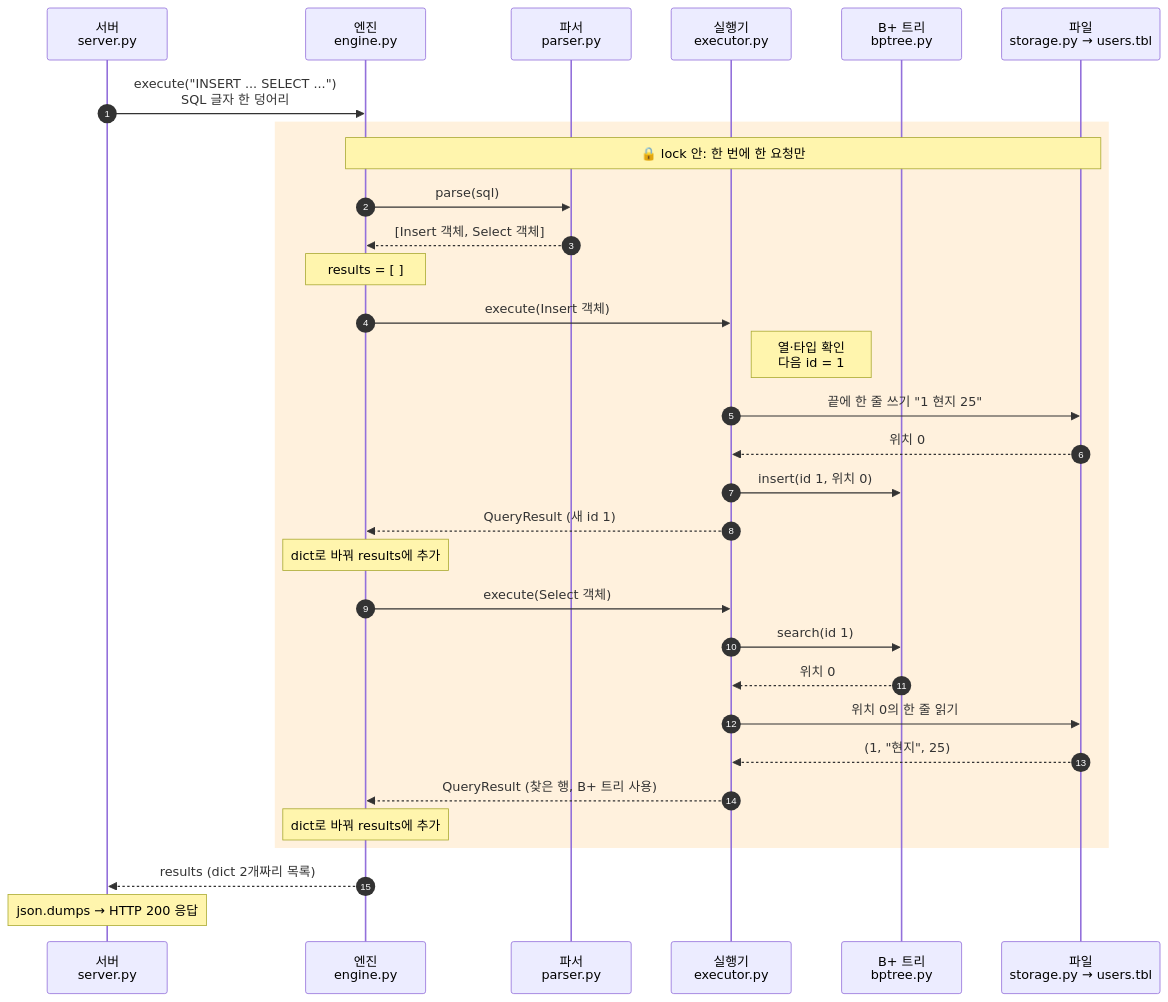
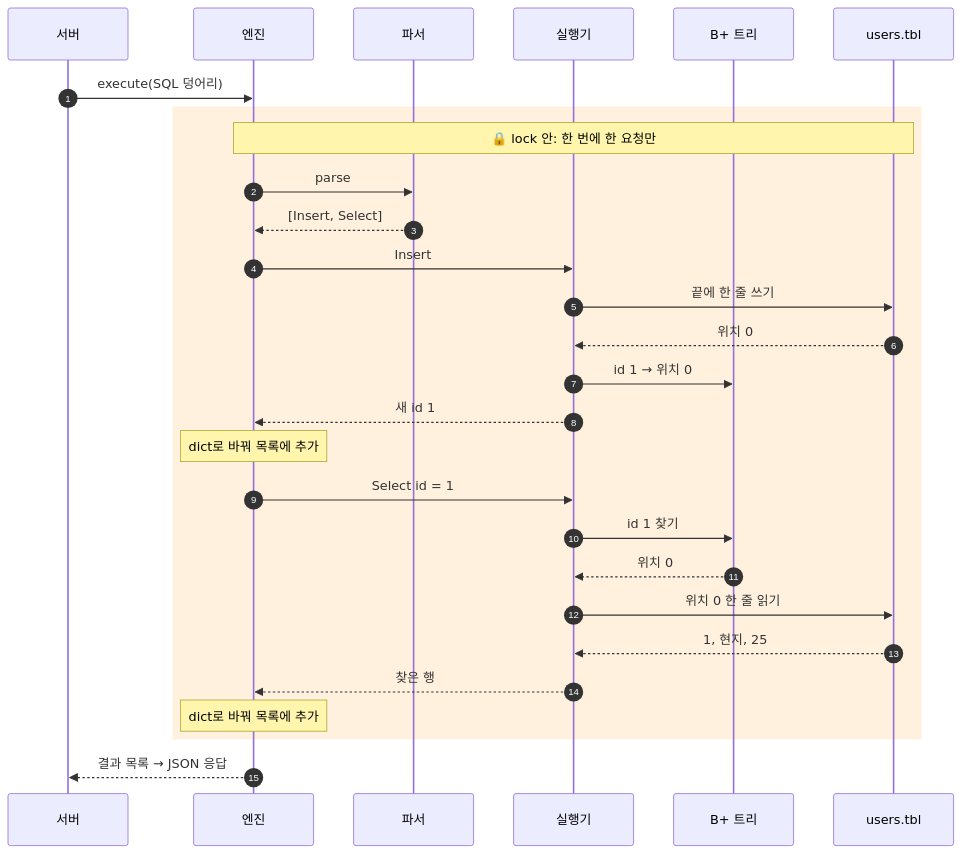
The fourth of 4 diagrams in README.md (team1-mini-lab/mini-dbms), drawn with Mermaid before and after one commit. The commit also changed other lines of this file, not shown here.

First line of the commit message:
README: 슬라이드 캡처 PNG를 표로, B+ 트리 그림을 Mermaid로, 그림 읽기 쉽게 정리

````diff
--- a/README.md
+++ b/README.md
@@ -141,36 +148,31 @@
 ```mermaid
 sequenceDiagram
     autonumber
-    participant S as 서버<br>server.py
-    participant E as 엔진<br>engine.py
-    participant P as 파서<br>parser.py
-    participant X as 실행기<br>executor.py
-    participant B as B+ 트리<br>bptree.py
-    participant F as 파일<br>storage.py → users.tbl
+    participant S as 서버
+    participant E as 엔진
+    participant P as 파서
+    participant X as 실행기
+    participant B as B+ 트리
+    participant F as users.tbl
 
-    S->>E: execute("INSERT ... SELECT ...")<br>SQL 글자 한 덩어리
+    S->>E: execute(SQL 덩어리)
     rect rgba(255, 200, 120, 0.25)
     Note over E,F: 🔒 lock 안: 한 번에 한 요청만
-    E->>P: parse(sql)
-    P-->>E: [Insert 객체, Select 객체]
-    Note over E: results = [ ]
-
-    E->>X: execute(Insert 객체)
-    Note right of X: 열·타입 확인<br>다음 id = 1
-    X->>F: 끝에 한 줄 쓰기 "1 현지 25"
+    E->>P: parse
+    P-->>E: [Insert, Select]
+    E->>X: Insert
+    X->>F: 끝에 한 줄 쓰기
     F-->>X: 위치 0
-    X->>B: insert(id 1, 위치 0)
-    X-->>E: QueryResult (새 id 1)
-    Note over E: dict로 바꿔 results에 추가
-
-    E->>X: execute(Select 객체)
-    X->>B: search(id 1)
+    X->>B: id 1 → 위치 0
+    X-->>E: 새 id 1
+    Note over E: dict로 바꿔 목록에 추가
+    E->>X: Select id = 1
+    X->>B: id 1 찾기
     B-->>X: 위치 0
-    X->>F: 위치 0의 한 줄 읽기
-    F-->>X: (1, "현지", 25)
-    X-->>E: QueryResult (찾은 행, B+ 트리 사용)
-    Note over E: dict로 바꿔 results에 추가
+    X->>F: 위치 0 한 줄 읽기
+    F-->>X: 1, 현지, 25
+    X-->>E: 찾은 행
+    Note over E: dict로 바꿔 목록에 추가
     end
-    E-->>S: results (dict 2개짜리 목록)
-    Note over S: json.dumps → HTTP 200 응답
+    E-->>S: 결과 목록 → JSON 응답
 ```
````
